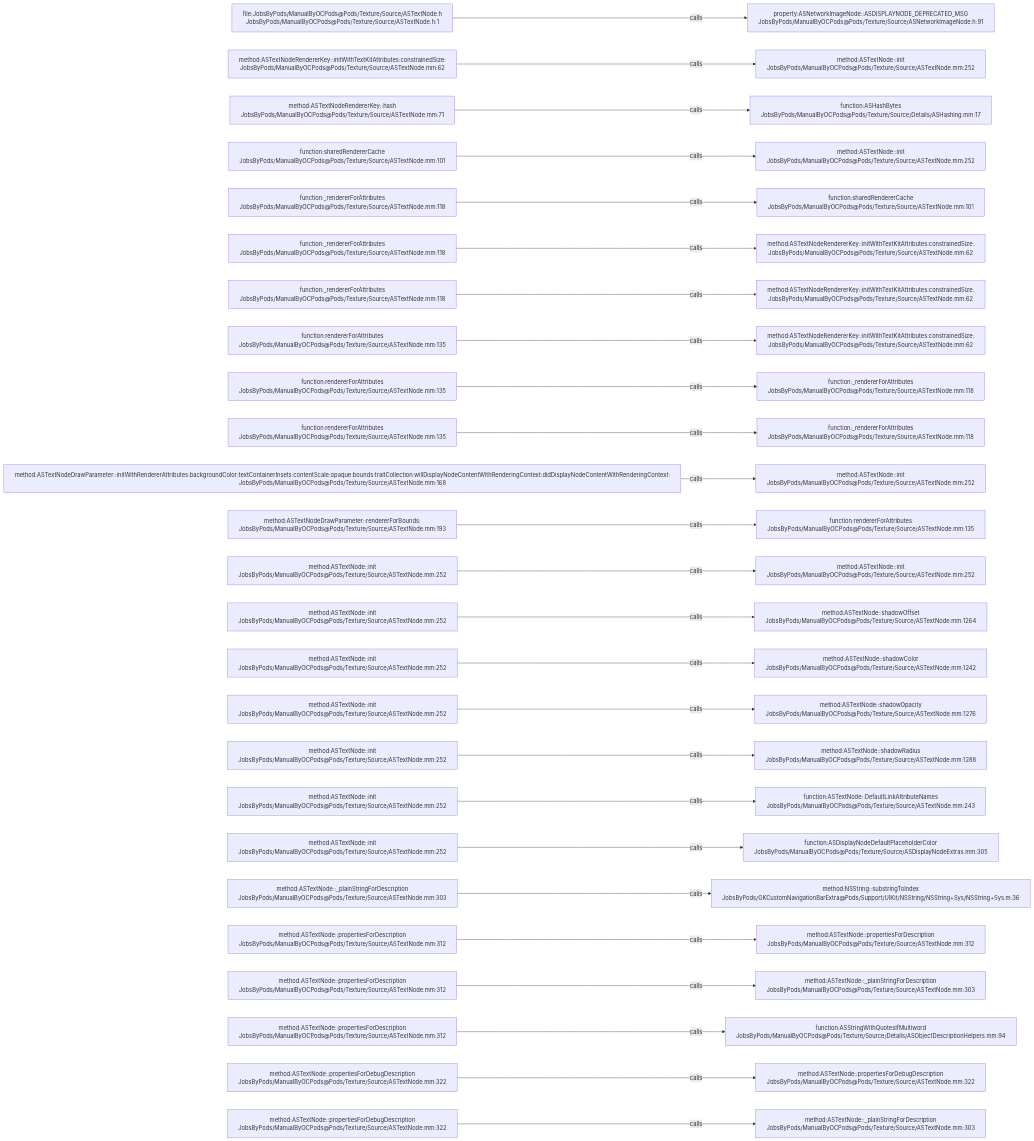
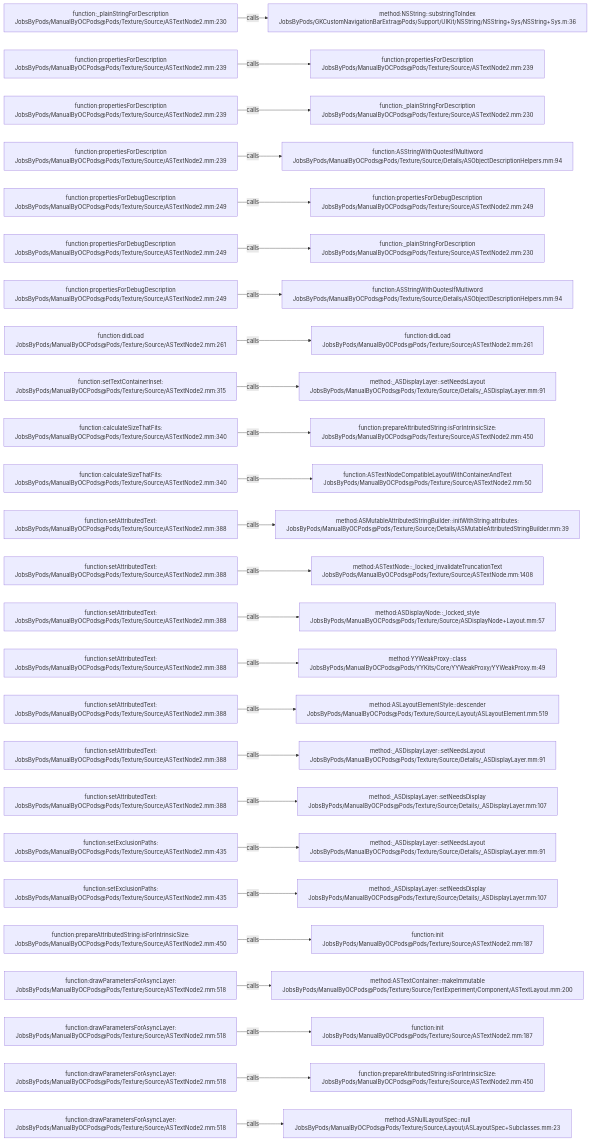
One commit to JobsKits/JobsOCBaseConfigDemo changed the diagram in .codegraph/codegraph.md/graphs/calls-141.md. Above: the diagram before and after it, drawn with Mermaid. The commit also changed 1223 other files, not shown here.

````diff
--- a/.codegraph/codegraph.md/graphs/calls-141.md
+++ b/.codegraph/codegraph.md/graphs/calls-141.md
@@ -13,78 +13,78 @@
 ```mermaid
 flowchart LR
-  S1["file:JobsByPods/ManualByOCPods@Pods/Texture/Source/ASTextNode.h<br/>JobsByPods/ManualByOCPods@Pods/Texture/Source/ASTextNode.h:1"]
-  T1["property:ASNetworkImageNode::ASDISPLAYNODE_DEPRECATED_MSG<br/>JobsByPods/ManualByOCPods@Pods/Texture/Source/ASNetworkImageNode.h:91"]
+  S1["function:_plainStringForDescription<br/>JobsByPods/ManualByOCPods@Pods/Texture/Source/ASTextNode2.mm:230"]
+  T1["method:NSString::substringToIndex<br/>JobsByPods/GKCustomNavigationBarExtra@Pods/Support/UIKit/NSString/NSString+Sys/NSString+Sys.m:36"]
   S1 -->|calls| T1
-  S2["method:ASTextNodeRendererKey::initWithTextKitAttributes:constrainedSize:<br/>JobsByPods/ManualByOCPods@Pods/Texture/Source/ASTextNode.mm:62"]
-  T2["method:ASTextNode::init<br/>JobsByPods/ManualByOCPods@Pods/Texture/Source/ASTextNode.mm:252"]
+  S2["function:propertiesForDescription<br/>JobsByPods/ManualByOCPods@Pods/Texture/Source/ASTextNode2.mm:239"]
+  T2["function:propertiesForDescription<br/>JobsByPods/ManualByOCPods@Pods/Texture/Source/ASTextNode2.mm:239"]
   S2 -->|calls| T2
-  S3["method:ASTextNodeRendererKey::hash<br/>JobsByPods/ManualByOCPods@Pods/Texture/Source/ASTextNode.mm:71"]
-  T3["function:ASHashBytes<br/>JobsByPods/ManualByOCPods@Pods/Texture/Source/Details/ASHashing.mm:17"]
+  S3["function:propertiesForDescription<br/>JobsByPods/ManualByOCPods@Pods/Texture/Source/ASTextNode2.mm:239"]
+  T3["function:_plainStringForDescription<br/>JobsByPods/ManualByOCPods@Pods/Texture/Source/ASTextNode2.mm:230"]
   S3 -->|calls| T3
-  S4["function:sharedRendererCache<br/>JobsByPods/ManualByOCPods@Pods/Texture/Source/ASTextNode.mm:101"]
-  T4["method:ASTextNode::init<br/>JobsByPods/ManualByOCPods@Pods/Texture/Source/ASTextNode.mm:252"]
+  S4["function:propertiesForDescription<br/>JobsByPods/ManualByOCPods@Pods/Texture/Source/ASTextNode2.mm:239"]
+  T4["function:ASStringWithQuotesIfMultiword<br/>JobsByPods/ManualByOCPods@Pods/Texture/Source/Details/ASObjectDescriptionHelpers.mm:94"]
   S4 -->|calls| T4
-  S5["function:_rendererForAttributes<br/>JobsByPods/ManualByOCPods@Pods/Texture/Source/ASTextNode.mm:118"]
-  T5["function:sharedRendererCache<br/>JobsByPods/ManualByOCPods@Pods/Texture/Source/ASTextNode.mm:101"]
+  S5["function:propertiesForDebugDescription<br/>JobsByPods/ManualByOCPods@Pods/Texture/Source/ASTextNode2.mm:249"]
+  T5["function:propertiesForDebugDescription<br/>JobsByPods/ManualByOCPods@Pods/Texture/Source/ASTextNode2.mm:249"]
   S5 -->|calls| T5
-  S6["function:_rendererForAttributes<br/>JobsByPods/ManualByOCPods@Pods/Texture/Source/ASTextNode.mm:118"]
-  T6["method:ASTextNodeRendererKey::initWithTextKitAttributes:constrainedSize:<br/>JobsByPods/ManualByOCPods@Pods/Texture/Source/ASTextNode.mm:62"]
+  S6["function:propertiesForDebugDescription<br/>JobsByPods/ManualByOCPods@Pods/Texture/Source/ASTextNode2.mm:249"]
+  T6["function:_plainStringForDescription<br/>JobsByPods/ManualByOCPods@Pods/Texture/Source/ASTextNode2.mm:230"]
   S6 -->|calls| T6
-  S7["function:_rendererForAttributes<br/>JobsByPods/ManualByOCPods@Pods/Texture/Source/ASTextNode.mm:118"]
-  T7["method:ASTextNodeRendererKey::initWithTextKitAttributes:constrainedSize:<br/>JobsByPods/ManualByOCPods@Pods/Texture/Source/ASTextNode.mm:62"]
+  S7["function:propertiesForDebugDescription<br/>JobsByPods/ManualByOCPods@Pods/Texture/Source/ASTextNode2.mm:249"]
+  T7["function:ASStringWithQuotesIfMultiword<br/>JobsByPods/ManualByOCPods@Pods/Texture/Source/Details/ASObjectDescriptionHelpers.mm:94"]
   S7 -->|calls| T7
-  S8["function:rendererForAttributes<br/>JobsByPods/ManualByOCPods@Pods/Texture/Source/ASTextNode.mm:135"]
-  T8["method:ASTextNodeRendererKey::initWithTextKitAttributes:constrainedSize:<br/>JobsByPods/ManualByOCPods@Pods/Texture/Source/ASTextNode.mm:62"]
+  S8["function:didLoad<br/>JobsByPods/ManualByOCPods@Pods/Texture/Source/ASTextNode2.mm:261"]
+  T8["function:didLoad<br/>JobsByPods/ManualByOCPods@Pods/Texture/Source/ASTextNode2.mm:261"]
   S8 -->|calls| T8
-  S9["function:rendererForAttributes<br/>JobsByPods/ManualByOCPods@Pods/Texture/Source/ASTextNode.mm:135"]
-  T9["function:_rendererForAttributes<br/>JobsByPods/ManualByOCPods@Pods/Texture/Source/ASTextNode.mm:118"]
+  S9["function:setTextContainerInset:<br/>JobsByPods/ManualByOCPods@Pods/Texture/Source/ASTextNode2.mm:315"]
+  T9["method:_ASDisplayLayer::setNeedsLayout<br/>JobsByPods/ManualByOCPods@Pods/Texture/Source/Details/_ASDisplayLayer.mm:91"]
   S9 -->|calls| T9
-  S10["function:rendererForAttributes<br/>JobsByPods/ManualByOCPods@Pods/Texture/Source/ASTextNode.mm:135"]
-  T10["function:_rendererForAttributes<br/>JobsByPods/ManualByOCPods@Pods/Texture/Source/ASTextNode.mm:118"]
+  S10["function:calculateSizeThatFits:<br/>JobsByPods/ManualByOCPods@Pods/Texture/Source/ASTextNode2.mm:340"]
+  T10["function:prepareAttributedString:isForIntrinsicSize:<br/>JobsByPods/ManualByOCPods@Pods/Texture/Source/ASTextNode2.mm:450"]
   S10 -->|calls| T10
-  S11["method:ASTextNodeDrawParameter::initWithRendererAttributes:backgroundColor:textContainerInsets:contentScale:opaque:bounds:traitCollection:willDisplayNodeContentWithRenderingContext:didDisplayNodeContentWithRenderingContext:<br/>JobsByPods/ManualByOCPods@Pods/Texture/Source/ASTextNode.mm:168"]
-  T11["method:ASTextNode::init<br/>JobsByPods/ManualByOCPods@Pods/Texture/Source/ASTextNode.mm:252"]
+  S11["function:calculateSizeThatFits:<br/>JobsByPods/ManualByOCPods@Pods/Texture/Source/ASTextNode2.mm:340"]
+  T11["function:ASTextNodeCompatibleLayoutWithContainerAndText<br/>JobsByPods/ManualByOCPods@Pods/Texture/Source/ASTextNode2.mm:50"]
   S11 -->|calls| T11
-  S12["method:ASTextNodeDrawParameter::rendererForBounds:<br/>JobsByPods/ManualByOCPods@Pods/Texture/Source/ASTextNode.mm:193"]
-  T12["function:rendererForAttributes<br/>JobsByPods/ManualByOCPods@Pods/Texture/Source/ASTextNode.mm:135"]
+  S12["function:setAttributedText:<br/>JobsByPods/ManualByOCPods@Pods/Texture/Source/ASTextNode2.mm:388"]
+  T12["method:ASMutableAttributedStringBuilder::initWithString:attributes:<br/>JobsByPods/ManualByOCPods@Pods/Texture/Source/Details/ASMutableAttributedStringBuilder.mm:39"]
   S12 -->|calls| T12
-  S13["method:ASTextNode::init<br/>JobsByPods/ManualByOCPods@Pods/Texture/Source/ASTextNode.mm:252"]
-  T13["method:ASTextNode::init<br/>JobsByPods/ManualByOCPods@Pods/Texture/Source/ASTextNode.mm:252"]
+  S13["function:setAttributedText:<br/>JobsByPods/ManualByOCPods@Pods/Texture/Source/ASTextNode2.mm:388"]
+  T13["method:ASTextNode::_locked_invalidateTruncationText<br/>JobsByPods/ManualByOCPods@Pods/Texture/Source/ASTextNode.mm:1408"]
   S13 -->|calls| T13
-  S14["method:ASTextNode::init<br/>JobsByPods/ManualByOCPods@Pods/Texture/Source/ASTextNode.mm:252"]
-  T14["method:ASTextNode::shadowOffset<br/>JobsByPods/ManualByOCPods@Pods/Texture/Source/ASTextNode.mm:1264"]
+  S14["function:setAttributedText:<br/>JobsByPods/ManualByOCPods@Pods/Texture/Source/ASTextNode2.mm:388"]
+  T14["method:ASDisplayNode::_locked_style<br/>JobsByPods/ManualByOCPods@Pods/Texture/Source/ASDisplayNode+Layout.mm:57"]
   S14 -->|calls| T14
-  S15["method:ASTextNode::init<br/>JobsByPods/ManualByOCPods@Pods/Texture/Source/ASTextNode.mm:252"]
-  T15["method:ASTextNode::shadowColor<br/>JobsByPods/ManualByOCPods@Pods/Texture/Source/ASTextNode.mm:1242"]
+  S15["function:setAttributedText:<br/>JobsByPods/ManualByOCPods@Pods/Texture/Source/ASTextNode2.mm:388"]
+  T15["method:YYWeakProxy::class<br/>JobsByPods/ManualByOCPods@Pods/YYKits/Core/YYWeakProxy/YYWeakProxy.m:49"]
   S15 -->|calls| T15
-  S16["method:ASTextNode::init<br/>JobsByPods/ManualByOCPods@Pods/Texture/Source/ASTextNode.mm:252"]
-  T16["method:ASTextNode::shadowOpacity<br/>JobsByPods/ManualByOCPods@Pods/Texture/Source/ASTextNode.mm:1276"]
+  S16["function:setAttributedText:<br/>JobsByPods/ManualByOCPods@Pods/Texture/Source/ASTextNode2.mm:388"]
+  T16["method:ASLayoutElementStyle::descender<br/>JobsByPods/ManualByOCPods@Pods/Texture/Source/Layout/ASLayoutElement.mm:519"]
   S16 -->|calls| T16
-  S17["method:ASTextNode::init<br/>JobsByPods/ManualByOCPods@Pods/Texture/Source/ASTextNode.mm:252"]
-  T17["method:ASTextNode::shadowRadius<br/>JobsByPods/ManualByOCPods@Pods/Texture/Source/ASTextNode.mm:1288"]
+  S17["function:setAttributedText:<br/>JobsByPods/ManualByOCPods@Pods/Texture/Source/ASTextNode2.mm:388"]
+  T17["method:_ASDisplayLayer::setNeedsLayout<br/>JobsByPods/ManualByOCPods@Pods/Texture/Source/Details/_ASDisplayLayer.mm:91"]
   S17 -->|calls| T17
-  S18["method:ASTextNode::init<br/>JobsByPods/ManualByOCPods@Pods/Texture/Source/ASTextNode.mm:252"]
-  T18["function:ASTextNode::DefaultLinkAttributeNames<br/>JobsByPods/ManualByOCPods@Pods/Texture/Source/ASTextNode.mm:243"]
+  S18["function:setAttributedText:<br/>JobsByPods/ManualByOCPods@Pods/Texture/Source/ASTextNode2.mm:388"]
+  T18["method:_ASDisplayLayer::setNeedsDisplay<br/>JobsByPods/ManualByOCPods@Pods/Texture/Source/Details/_ASDisplayLayer.mm:107"]
   S18 -->|calls| T18
-  S19["method:ASTextNode::init<br/>JobsByPods/ManualByOCPods@Pods/Texture/Source/ASTextNode.mm:252"]
-  T19["function:ASDisplayNodeDefaultPlaceholderColor<br/>JobsByPods/ManualByOCPods@Pods/Texture/Source/ASDisplayNodeExtras.mm:305"]
+  S19["function:setExclusionPaths:<br/>JobsByPods/ManualByOCPods@Pods/Texture/Source/ASTextNode2.mm:435"]
+  T19["method:_ASDisplayLayer::setNeedsLayout<br/>JobsByPods/ManualByOCPods@Pods/Texture/Source/Details/_ASDisplayLayer.mm:91"]
   S19 -->|calls| T19
-  S20["method:ASTextNode::_plainStringForDescription<br/>JobsByPods/ManualByOCPods@Pods/Texture/Source/ASTextNode.mm:303"]
-  T20["method:NSString::substringToIndex<br/>JobsByPods/GKCustomNavigationBarExtra@Pods/Support/UIKit/NSString/NSString+Sys/NSString+Sys.m:36"]
+  S20["function:setExclusionPaths:<br/>JobsByPods/ManualByOCPods@Pods/Texture/Source/ASTextNode2.mm:435"]
+  T20["method:_ASDisplayLayer::setNeedsDisplay<br/>JobsByPods/ManualByOCPods@Pods/Texture/Source/Details/_ASDisplayLayer.mm:107"]
   S20 -->|calls| T20
-  S21["method:ASTextNode::propertiesForDescription<br/>JobsByPods/ManualByOCPods@Pods/Texture/Source/ASTextNode.mm:312"]
-  T21["method:ASTextNode::propertiesForDescription<br/>JobsByPods/ManualByOCPods@Pods/Texture/Source/ASTextNode.mm:312"]
+  S21["function:prepareAttributedString:isForIntrinsicSize:<br/>JobsByPods/ManualByOCPods@Pods/Texture/Source/ASTextNode2.mm:450"]
+  T21["function:init<br/>JobsByPods/ManualByOCPods@Pods/Texture/Source/ASTextNode2.mm:187"]
   S21 -->|calls| T21
-  S22["method:ASTextNode::propertiesForDescription<br/>JobsByPods/ManualByOCPods@Pods/Texture/Source/ASTextNode.mm:312"]
-  T22["method:ASTextNode::_plainStringForDescription<br/>JobsByPods/ManualByOCPods@Pods/Texture/Source/ASTextNode.mm:303"]
+  S22["function:drawParametersForAsyncLayer:<br/>JobsByPods/ManualByOCPods@Pods/Texture/Source/ASTextNode2.mm:518"]
+  T22["method:ASTextContainer::makeImmutable<br/>JobsByPods/ManualByOCPods@Pods/Texture/Source/TextExperiment/Component/ASTextLayout.mm:200"]
   S22 -->|calls| T22
-  S23["method:ASTextNode::propertiesForDescription<br/>JobsByPods/ManualByOCPods@Pods/Texture/Source/ASTextNode.mm:312"]
-  T23["function:ASStringWithQuotesIfMultiword<br/>JobsByPods/ManualByOCPods@Pods/Texture/Source/Details/ASObjectDescriptionHelpers.mm:94"]
+  S23["function:drawParametersForAsyncLayer:<br/>JobsByPods/ManualByOCPods@Pods/Texture/Source/ASTextNode2.mm:518"]
+  T23["function:init<br/>JobsByPods/ManualByOCPods@Pods/Texture/Source/ASTextNode2.mm:187"]
   S23 -->|calls| T23
-  S24["method:ASTextNode::propertiesForDebugDescription<br/>JobsByPods/ManualByOCPods@Pods/Texture/Source/ASTextNode.mm:322"]
-  T24["method:ASTextNode::propertiesForDebugDescription<br/>JobsByPods/ManualByOCPods@Pods/Texture/Source/ASTextNode.mm:322"]
+  S24["function:drawParametersForAsyncLayer:<br/>JobsByPods/ManualByOCPods@Pods/Texture/Source/ASTextNode2.mm:518"]
+  T24["function:prepareAttributedString:isForIntrinsicSize:<br/>JobsByPods/ManualByOCPods@Pods/Texture/Source/ASTextNode2.mm:450"]
   S24 -->|calls| T24
-  S25["method:ASTextNode::propertiesForDebugDescription<br/>JobsByPods/ManualByOCPods@Pods/Texture/Source/ASTextNode.mm:322"]
-  T25["method:ASTextNode::_plainStringForDescription<br/>JobsByPods/ManualByOCPods@Pods/Texture/Source/ASTextNode.mm:303"]
+  S25["function:drawParametersForAsyncLayer:<br/>JobsByPods/ManualByOCPods@Pods/Texture/Source/ASTextNode2.mm:518"]
+  T25["method:ASNullLayoutSpec::null<br/>JobsByPods/ManualByOCPods@Pods/Texture/Source/Layout/ASLayoutSpec+Subclasses.mm:23"]
   S25 -->|calls| T25
 ```
````
